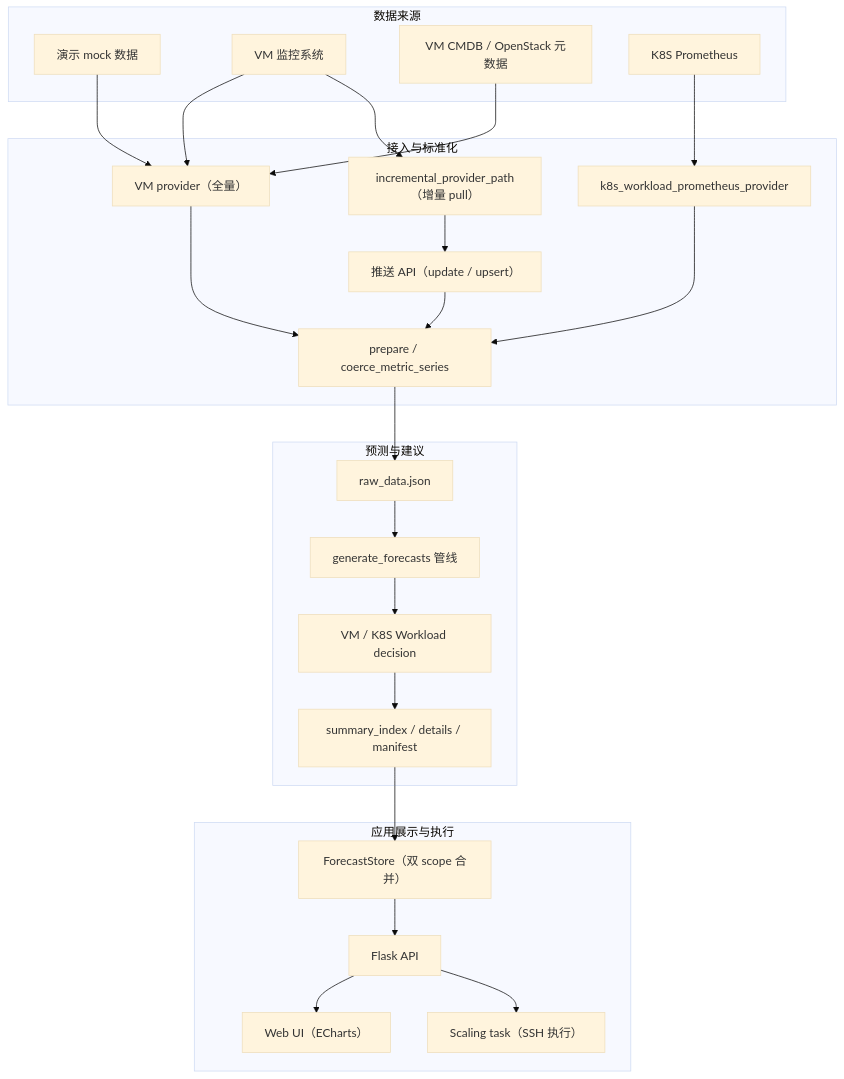
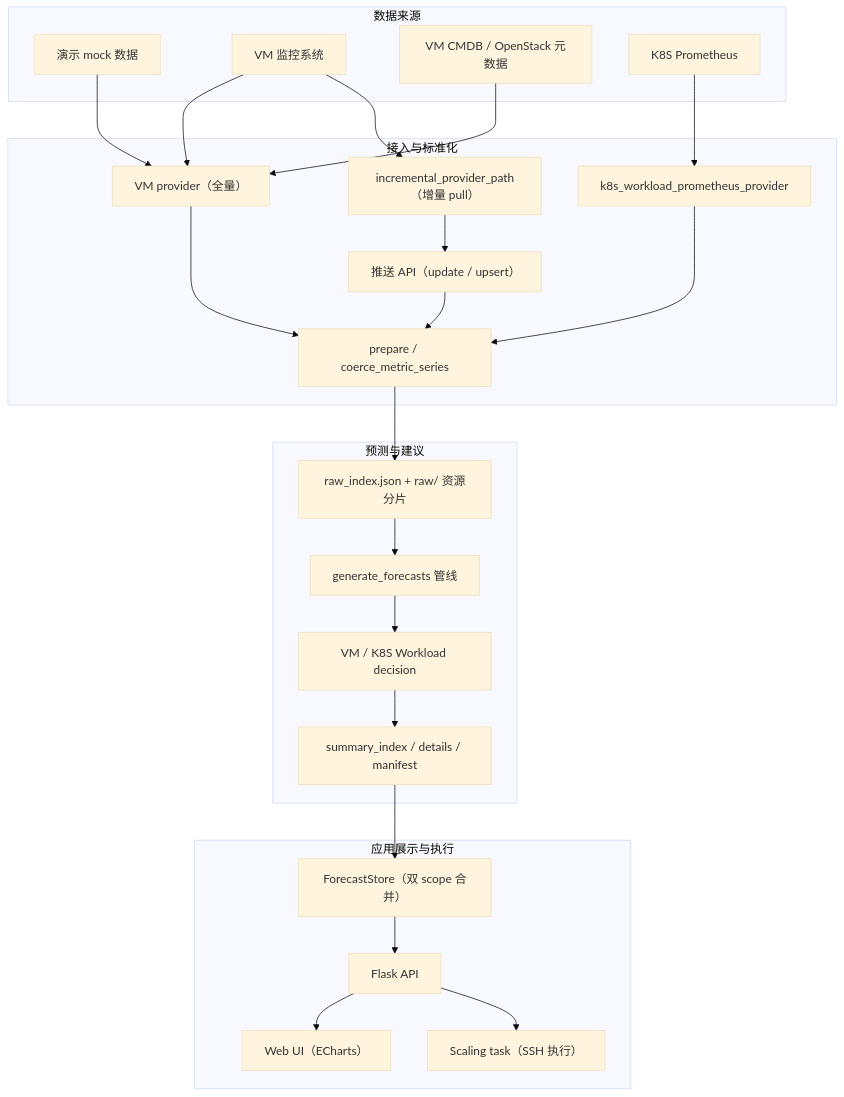
One commit to zorocui/resource_predict changed the first of 2 diagrams in README.md. Above: the diagram before and after it, drawn with Mermaid (base theme). The commit also changed other lines of this file and 51 other files, not shown here.

````diff
--- a/README.md
+++ b/README.md
@@ -140,49 +140,49 @@
 ```mermaid
 flowchart TB
     subgraph Sources["数据来源"]
         Demo["演示 mock 数据"]
         VMMonitor["VM 监控系统"]
         VMCMDB["VM CMDB / OpenStack 元数据"]
         K8SProm["K8S Prometheus"]
     end
 
     subgraph Ingest["接入与标准化"]
         VMProvider["VM provider（全量）"]
         IncrementalProvider["incremental_provider_path（增量 pull）"]
         PushAPI["推送 API（update / upsert）"]
         K8SProvider["k8s_workload_prometheus_provider"]
         Normalize["prepare / coerce_metric_series"]
     end
 
     subgraph Forecast["预测与建议"]
-        Raw["raw_data.json"]
+        Raw["raw_index.json + raw/ 资源分片"]
         Pipeline["generate_forecasts 管线"]
         Decision["VM / K8S Workload decision"]
         Artifacts["summary_index / details / manifest"]
     end
 
     subgraph App["应用展示与执行"]
         Store["ForecastStore（双 scope 合并）"]
         API["Flask API"]
         UI["Web UI（ECharts）"]
         Scale["Scaling task（SSH 执行）"]
     end
 
     Demo --> VMProvider
     VMMonitor --> VMProvider
     VMCMDB --> VMProvider
     VMMonitor --> IncrementalProvider
     K8SProm --> K8SProvider
     VMProvider --> Normalize
     IncrementalProvider --> PushAPI
     K8SProvider --> Normalize
     PushAPI --> Normalize
     Normalize --> Raw
     Raw --> Pipeline
     Pipeline --> Decision
     Decision --> Artifacts
     Artifacts --> Store
     Store --> API
     API --> UI
     API --> Scale
 ```
````
